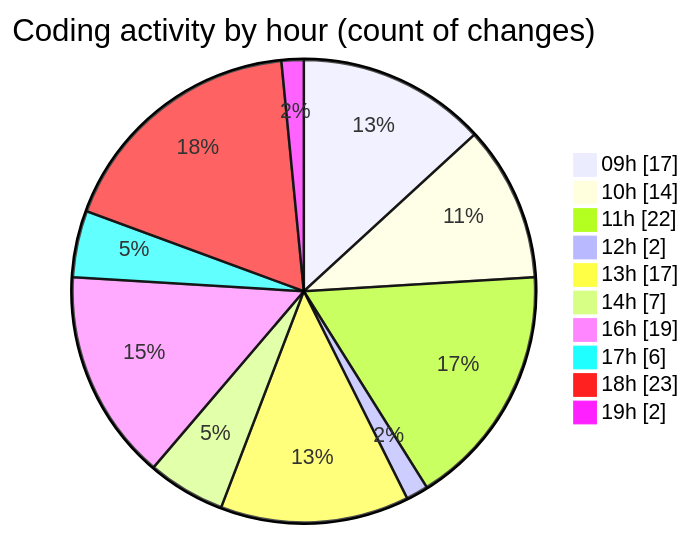
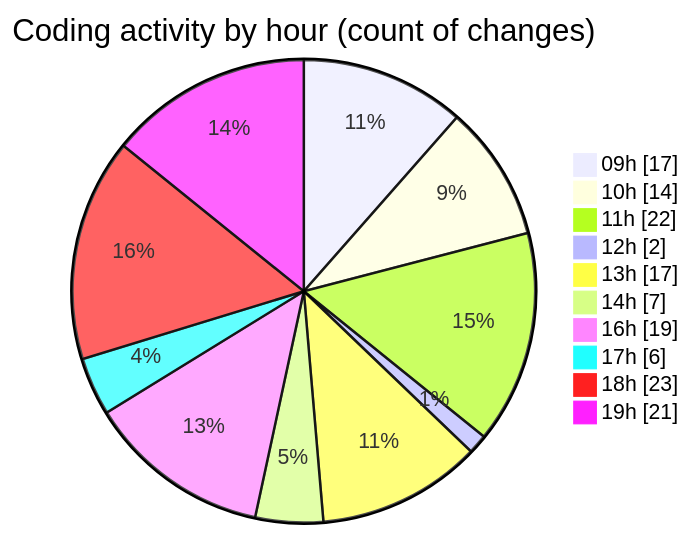
Before and after one commit to momahboobian/code-tracking: the second of 2 diagrams in 2026-04-28/cda/README.md, drawn with Mermaid. The commit also changed other lines of this file and 1 other file, not shown here.

````diff
--- a/2026-04-28/cda/README.md
+++ b/2026-04-28/cda/README.md
@@ -59,14 +76,14 @@
 ```mermaid
 pie showData
 title Coding activity by hour (count of changes)
 "09h" : 17
 "10h" : 14
 "11h" : 22
 "12h" : 2
 "13h" : 17
 "14h" : 7
 "16h" : 19
 "17h" : 6
 "18h" : 23
-"19h" : 2
+"19h" : 21
 ```
````
